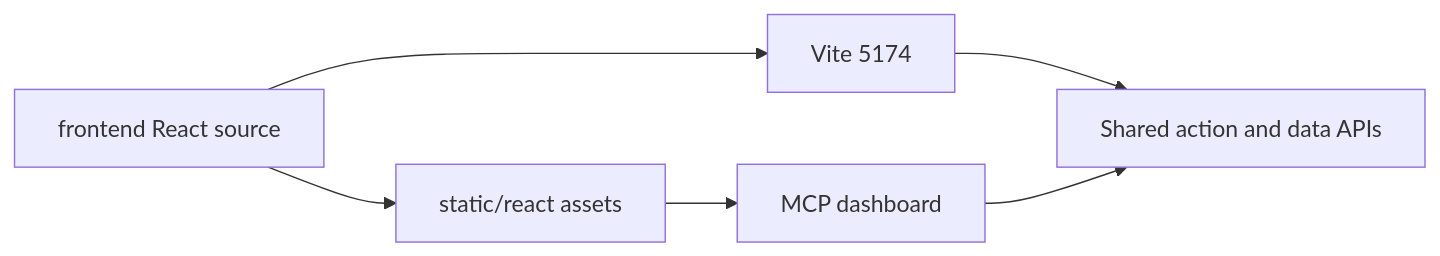
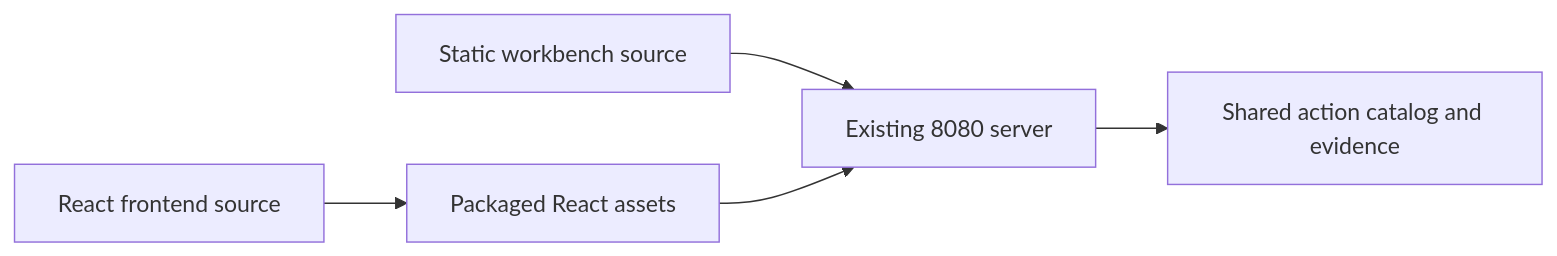
The diagram in src/agentdecompile_recovery/corpus/dashboard/frontend/README.md (bodencrouch/AgentDecompile), drawn with Mermaid before and after one commit. The commit also changed other lines of this file and 800 other files, not shown here.

````diff
--- a/src/agentdecompile_recovery/corpus/dashboard/frontend/README.md
+++ b/src/agentdecompile_recovery/corpus/dashboard/frontend/README.md
@@ -17,8 +23,7 @@
 ```mermaid
 flowchart LR
-  frontend[frontend React source] --> react[static/react assets]
-  frontend --> vite[Vite 5174]
-  react --> dashboard[MCP dashboard]
-  vite --> api[Shared action and data APIs]
-  dashboard --> api
+  static[Static workbench source] --> server[Existing 8080 server]
+  frontend[React frontend source] --> assets[Packaged React assets]
+  assets --> server
+  server --> catalog[Shared action catalog and evidence]
 ```
````
